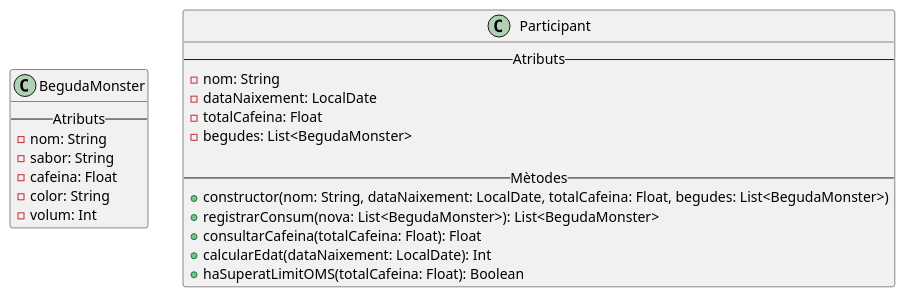
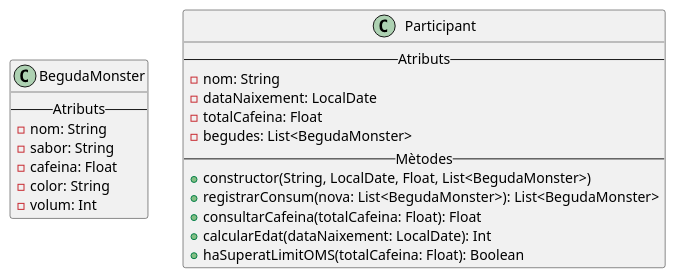
The diagram in src/main/kotlin/uml/Exercici3-Monster.puml (Dani-Alarcon/M5-A08-Disseny-de-diagrames-Classes-Dani-Alarcon), drawn with PlantUML before and after one commit. The commit also changed 4 other files, not shown here.

```diff
--- a/src/main/kotlin/uml/Exercici3-Monster.puml
+++ b/src/main/kotlin/uml/Exercici3-Monster.puml
@@ -1,28 +1,27 @@
 @startuml
 'https://plantuml.com/class-diagram
 
 class BegudaMonster {
     -- Atributs --
     - nom: String
     - sabor: String
     - cafeina: Float
     - color: String
     - volum: Int
 }
 
 class Participant {
     -- Atributs --
     - nom: String
     - dataNaixement: LocalDate
     - totalCafeina: Float
     - begudes: List<BegudaMonster>
-
     -- Mètodes --
-    + constructor(nom: String, dataNaixement: LocalDate, totalCafeina: Float, begudes: List<BegudaMonster>)
+    + constructor(String, LocalDate, Float, List<BegudaMonster>)
     + registrarConsum(nova: List<BegudaMonster>): List<BegudaMonster>
     + consultarCafeina(totalCafeina: Float): Float
     + calcularEdat(dataNaixement: LocalDate): Int
     + haSuperatLimitOMS(totalCafeina: Float): Boolean
 }
 
 @enduml
```
